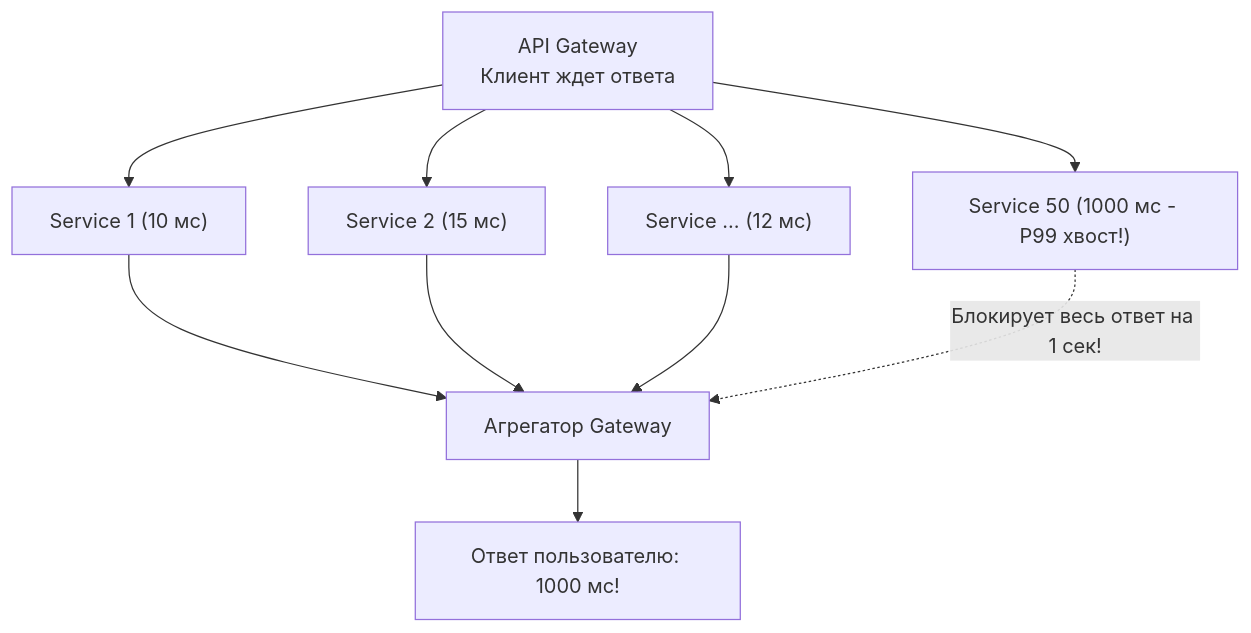
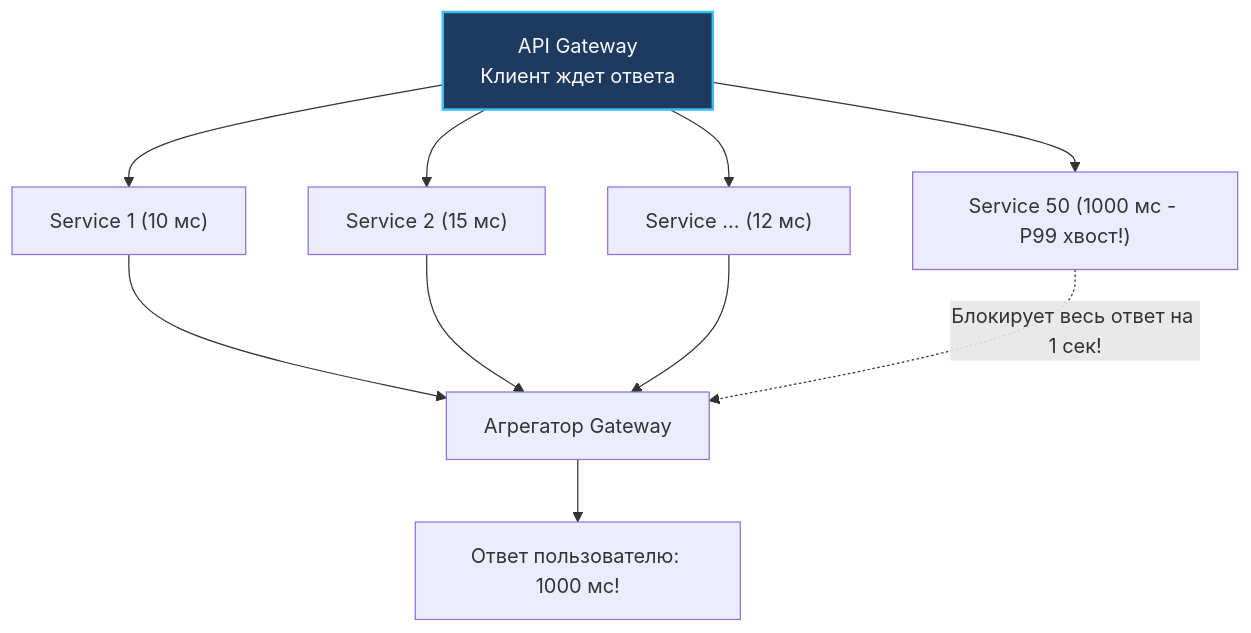
The third of 4 diagrams in sources/14. Распределенные системы на Go/01. Основы/3. Latency и network fallacies.md (UnrealTemplier/go-textbook), drawn with Mermaid before and after one commit. The commit also changed other lines of this file and 1666 other files, not shown here.

First line of the commit message:
feat(mermaid): add semantic color classDef to 1369 colorless flowchart/graph diagrams

````diff
--- a/sources/14. Распределенные системы на Go/01. Основы/3. Latency и network fallacies.md
+++ b/sources/14. Распределенные системы на Go/01. Основы/3. Latency и network fallacies.md
@@ -206,13 +216,23 @@
 ```mermaid
 flowchart TD
-    GW["API Gateway<br>Клиент ждет ответа"] --> S1["Service 1 (10 мс)"]
+    classDef process  fill:#1e293b,stroke:#38bdf8,stroke-width:1px,color:#f8fafc
+    classDef success  fill:#064e3b,stroke:#34d399,stroke-width:1px,color:#f8fafc
+    classDef error    fill:#7f1d1d,stroke:#f87171,stroke-width:1px,color:#f8fafc
+    classDef warning  fill:#78350f,stroke:#fbbf24,stroke-width:1px,color:#f8fafc
+    classDef entry    fill:#1e3a5f,stroke:#38bdf8,stroke-width:2px,color:#f8fafc
+    classDef aux      fill:#334155,stroke:#64748b,stroke-width:1px,color:#f8fafc
+    classDef system   fill:#312e81,stroke:#a78bfa,stroke-width:1px,color:#f8fafc
+    classDef data     fill:#132d29,stroke:#2dd4bf,stroke-width:1px,color:#f8fafc
+    classDef network  fill:#881337,stroke:#fb7185,stroke-width:1px,color:#f8fafc
+    classDef accent   fill:#1e1b4b,stroke:#818cf8,stroke-width:1px,color:#f8fafc
+    GW["API Gateway<br>Клиент ждет ответа"]:::entry --> S1["Service 1 (10 мс)"]
     GW --> S2["Service 2 (15 мс)"]
     GW --> S3["Service ... (12 мс)"]
     GW --> S50["Service 50 (1000 мс - P99 хвост!)"]
     
     S1 --> Agg["Агрегатор Gateway"]
     S2 --> Agg
     S3 --> Agg
     S50 -.->|"Блокирует весь ответ на 1 сек!"| Agg
     Agg --> Resp["Ответ пользователю: 1000 мс!"]
 ```
````
